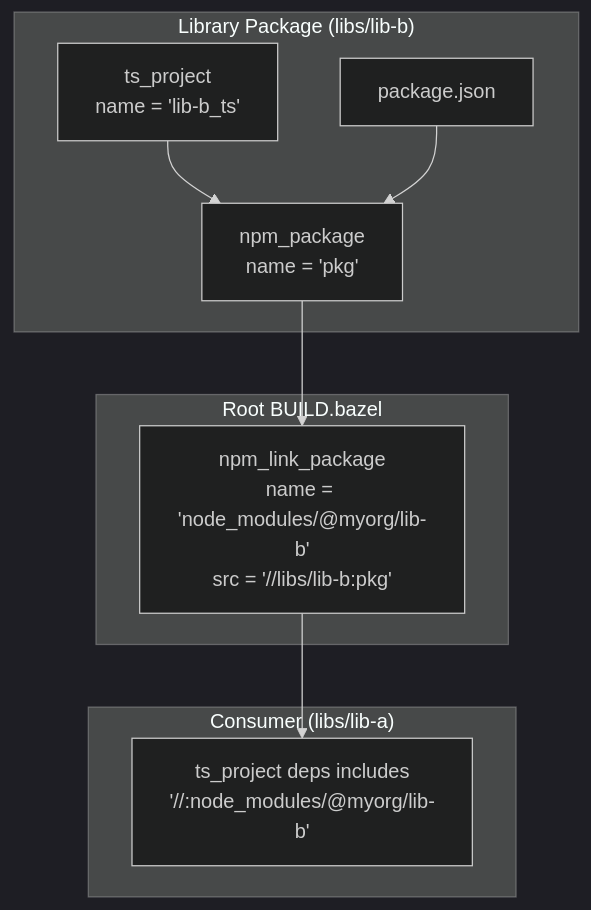
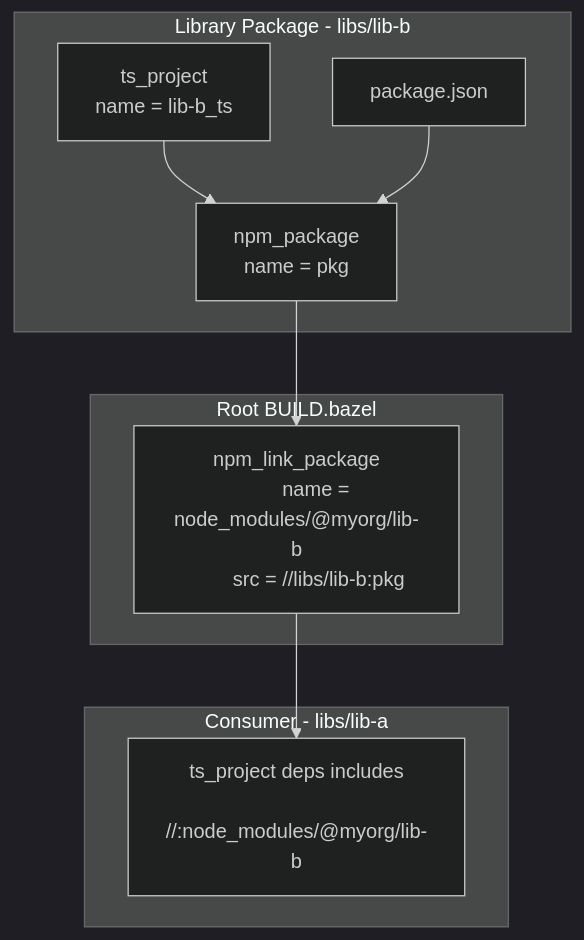
Before and after one commit to martintribo/rules_js_test: the third of 5 diagrams in docs/BAZEL_INTEGRATION.md, drawn with Mermaid (dark theme). The commit also changed other lines of this file, not shown here.

First line of the commit message:
Fix Mermaid diagram syntax in documentation

````diff
--- a/docs/BAZEL_INTEGRATION.md
+++ b/docs/BAZEL_INTEGRATION.md
@@ -137,22 +144,27 @@
 ```mermaid
 flowchart TB
-    subgraph "Library Package (libs/lib-b)"
-        TS_PROJ[ts_project<br/>name = 'lib-b_ts']
-        NPM_PKG[npm_package<br/>name = 'pkg']
-        PKG_JSON[package.json]
+    subgraph LibPackage["Library Package - libs/lib-b"]
+        TS_PROJ["ts_project
+        name = lib-b_ts"]
+        NPM_PKG["npm_package
+        name = pkg"]
+        PKG_JSON["package.json"]
 
         TS_PROJ --> NPM_PKG
         PKG_JSON --> NPM_PKG
     end
 
-    subgraph "Root BUILD.bazel"
-        NPM_LINK[npm_link_package<br/>name = 'node_modules/@myorg/lib-b'<br/>src = '//libs/lib-b:pkg']
+    subgraph RootBuild["Root BUILD.bazel"]
+        NPM_LINK["npm_link_package
+        name = node_modules/@myorg/lib-b
+        src = //libs/lib-b:pkg"]
     end
 
-    subgraph "Consumer (libs/lib-a)"
-        CONSUMER[ts_project deps includes<br/>'//:node_modules/@myorg/lib-b']
+    subgraph Consumer["Consumer - libs/lib-a"]
+        CONSUMER_DEP["ts_project deps includes
+        //:node_modules/@myorg/lib-b"]
     end
 
     NPM_PKG --> NPM_LINK
-    NPM_LINK --> CONSUMER
+    NPM_LINK --> CONSUMER_DEP
 ```
````
